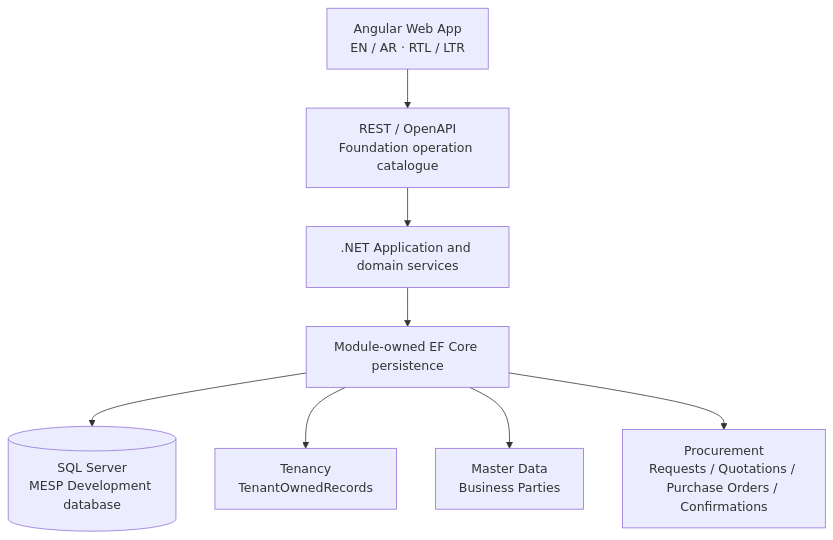
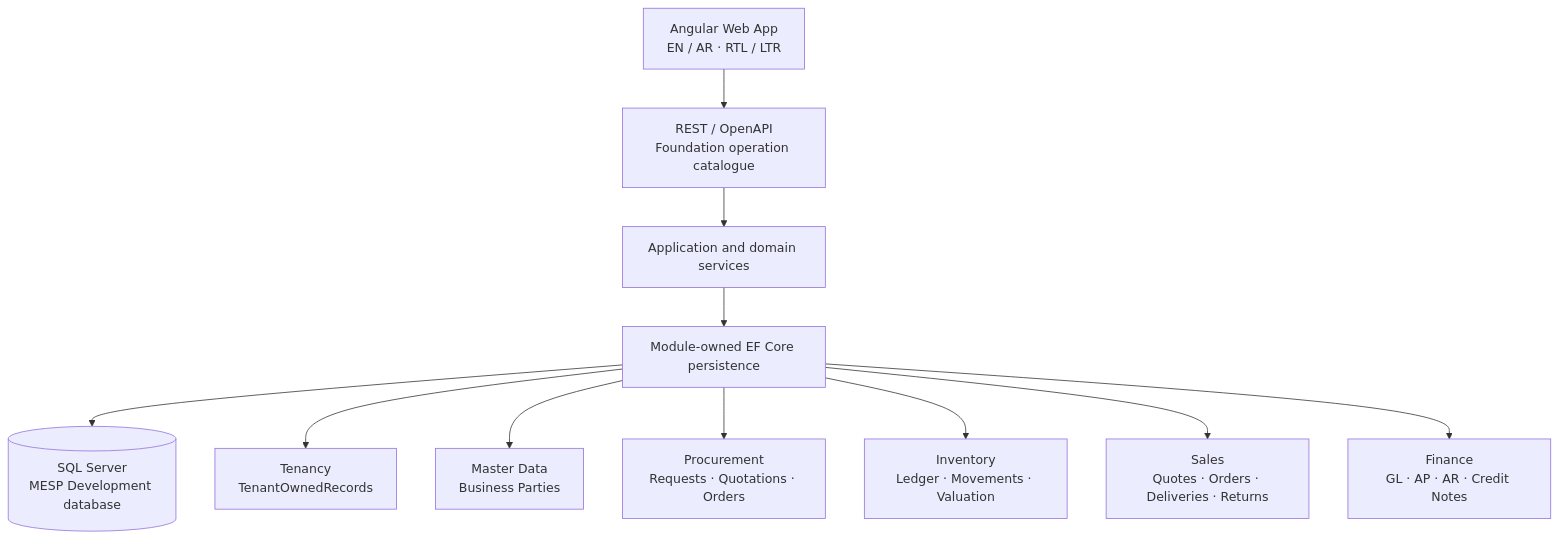
Before and after one commit to Hossam1104/mini-erp-saas-platform: the diagram in README.md, drawn with Mermaid. The commit also changed other lines of this file and 7 other files, not shown here.

````diff
--- a/README.md
+++ b/README.md
@@ -347,13 +117,16 @@
 ```mermaid
 flowchart TD
-    UI[Angular Web App\nEN / AR · RTL / LTR]
-    API[REST / OpenAPI\nFoundation operation catalogue]
-    APP[.NET Application and domain services]
-    PERSIST[Module-owned EF Core persistence]
-    SQL[(SQL Server\nMESP Development database)]
+    UI["Angular Web App<br/>EN / AR · RTL / LTR"]
+    API["REST / OpenAPI<br/>Foundation operation catalogue"]
+    APP["Application and domain services"]
+    PERSIST["Module-owned EF Core persistence"]
+    SQL[("SQL Server<br/>MESP Development database")]
 
     UI --> API --> APP --> PERSIST --> SQL
-    PERSIST --> T[Tenancy\nTenantOwnedRecords]
-    PERSIST --> MD[Master Data\nBusiness Parties]
-    PERSIST --> PROC[Procurement\nRequests / Quotations / Purchase Orders / Confirmations]
+    PERSIST --> T["Tenancy<br/>TenantOwnedRecords"]
+    PERSIST --> MD["Master Data<br/>Business Parties"]
+    PERSIST --> PROC["Procurement<br/>Requests · Quotations · Orders"]
+    PERSIST --> INV["Inventory<br/>Ledger · Movements · Valuation"]
+    PERSIST --> SAL["Sales<br/>Quotes · Orders · Deliveries · Returns"]
+    PERSIST --> FIN["Finance<br/>GL · AP · AR · Credit Notes"]
 ```
````
